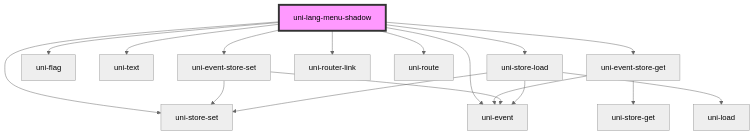
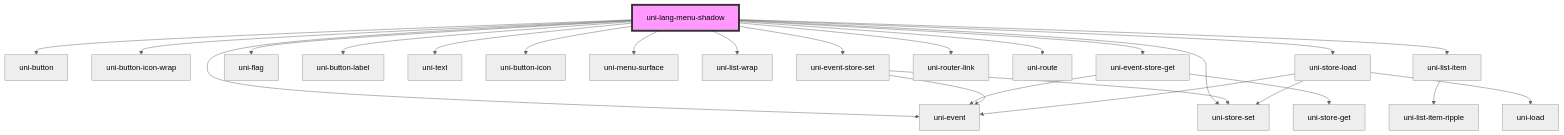
Before and after one commit to uiregex/uni-localize: the diagram in src/lang-menu/components/shadow/readme.md, drawn with Mermaid (neutral theme). The commit also changed other lines of this file and 6 other files, not shown here.

````diff
--- a/src/lang-menu/components/shadow/readme.md
+++ b/src/lang-menu/components/shadow/readme.md
@@ -40,20 +47,28 @@
 ```mermaid
 graph TD;
+  uni-lang-menu-shadow --> uni-event
   uni-lang-menu-shadow --> uni-store-set
+  uni-lang-menu-shadow --> uni-button
+  uni-lang-menu-shadow --> uni-button-icon-wrap
   uni-lang-menu-shadow --> uni-event-store-get
   uni-lang-menu-shadow --> uni-flag
+  uni-lang-menu-shadow --> uni-button-label
   uni-lang-menu-shadow --> uni-text
+  uni-lang-menu-shadow --> uni-button-icon
+  uni-lang-menu-shadow --> uni-menu-surface
+  uni-lang-menu-shadow --> uni-list-wrap
   uni-lang-menu-shadow --> uni-event-store-set
   uni-lang-menu-shadow --> uni-router-link
   uni-lang-menu-shadow --> uni-route
-  uni-lang-menu-shadow --> uni-event
+  uni-lang-menu-shadow --> uni-list-item
   uni-lang-menu-shadow --> uni-store-load
   uni-event-store-get --> uni-event
   uni-event-store-get --> uni-store-get
   uni-event-store-set --> uni-event
   uni-event-store-set --> uni-store-set
+  uni-list-item --> uni-list-item-ripple
   uni-store-load --> uni-event
   uni-store-load --> uni-store-set
   uni-store-load --> uni-load
   style uni-lang-menu-shadow fill:#f9f,stroke:#333,stroke-width:4px
 ```
````
